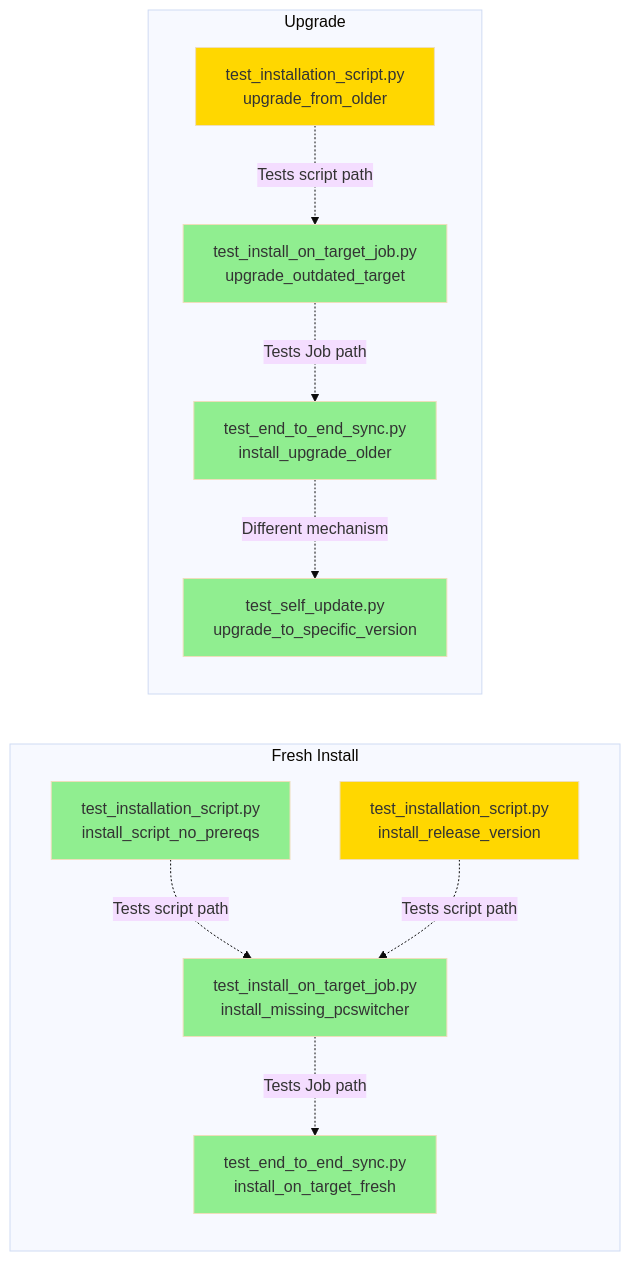
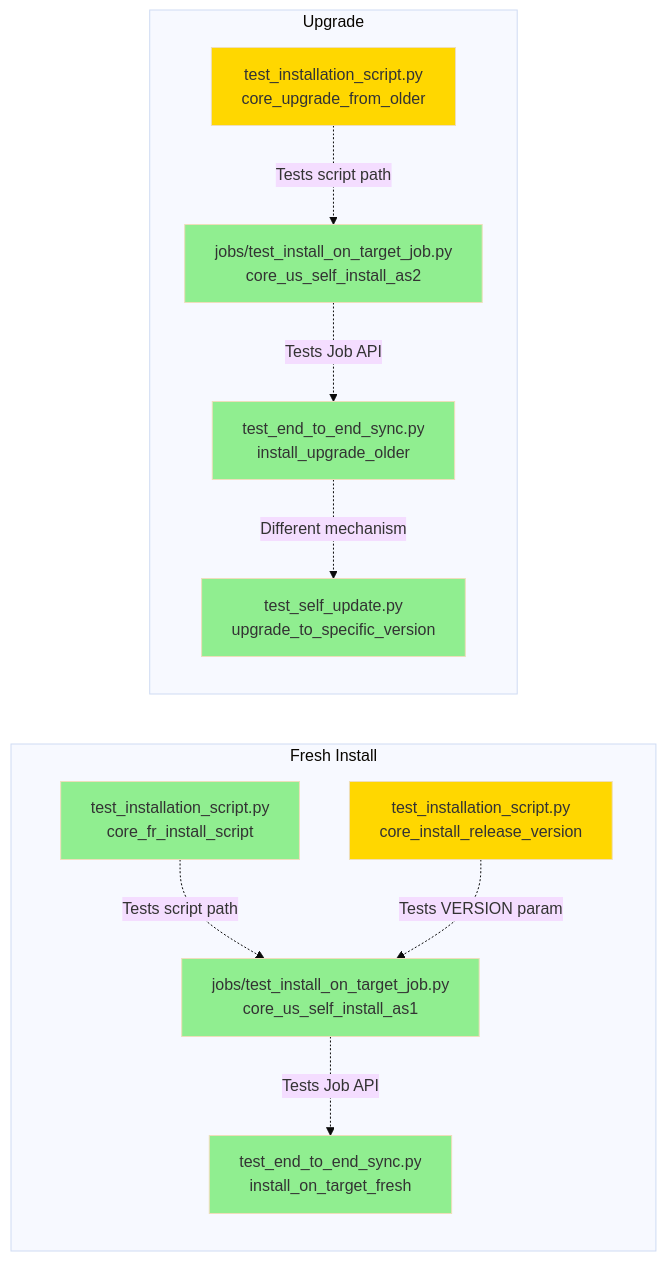
One commit to flaksit/pc-switcher changed the second of 5 diagrams in docs/test-audit-report.md. Above: the diagram before and after it, drawn with Mermaid (base theme). The commit also changed other lines of this file, not shown here.

First line of the commit message:
docs: update test audit report with semantic IDs

````diff
--- a/docs/test-audit-report.md
+++ b/docs/test-audit-report.md
@@ -265,33 +263,33 @@
 ```mermaid
 graph LR
     subgraph "Fresh Install"
-        A1[test_installation_script.py<br/>install_script_no_prereqs]
-        A2[test_installation_script.py<br/>install_release_version]
-        A3[test_install_on_target_job.py<br/>install_missing_pcswitcher]
+        A1[test_installation_script.py<br/>core_fr_install_script]
+        A2[test_installation_script.py<br/>core_install_release_version]
+        A3[jobs/test_install_on_target_job.py<br/>core_us_self_install_as1]
         A4[test_end_to_end_sync.py<br/>install_on_target_fresh]
     end
 
     subgraph "Upgrade"
-        B1[test_installation_script.py<br/>upgrade_from_older]
-        B2[test_install_on_target_job.py<br/>upgrade_outdated_target]
+        B1[test_installation_script.py<br/>core_upgrade_from_older]
+        B2[jobs/test_install_on_target_job.py<br/>core_us_self_install_as2]
         B3[test_end_to_end_sync.py<br/>install_upgrade_older]
         B4[test_self_update.py<br/>upgrade_to_specific_version]
     end
 
     A1 -.->|"Tests script path"| A3
-    A2 -.->|"Tests script path"| A3
-    A3 -.->|"Tests Job path"| A4
+    A2 -.->|"Tests VERSION param"| A3
+    A3 -.->|"Tests Job API"| A4
 
     B1 -.->|"Tests script path"| B2
-    B2 -.->|"Tests Job path"| B3
+    B2 -.->|"Tests Job API"| B3
     B3 -.->|"Different mechanism"| B4
 
     style A1 fill:#90EE90
     style A3 fill:#90EE90
     style A4 fill:#90EE90
     style B2 fill:#90EE90
     style B3 fill:#90EE90
     style B4 fill:#90EE90
     style A2 fill:#FFD700
     style B1 fill:#FFD700
 ```
````
